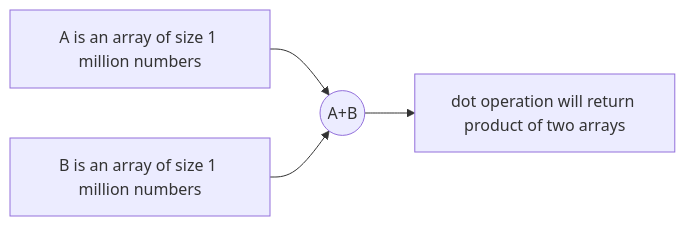
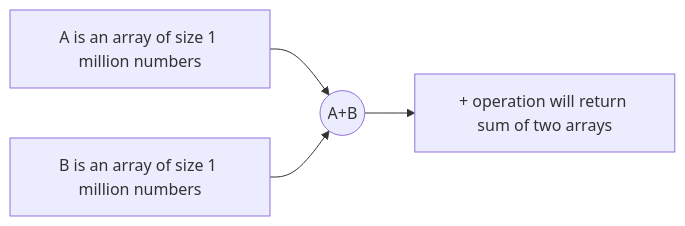
One commit to er-vinay-agni-hotri/vectorization_demo changed the second of 2 diagrams in README.md. Above: the diagram before and after it, drawn with Mermaid.

Commit message:
Initial Commit for Vectorization Demo

````diff
--- a/README.md
+++ b/README.md
@@ -21,7 +21,7 @@
 ```mermaid
 flowchart LR
 
 A[A is an array of size 1 million numbers] --> C(("A+B"))
 B[B is an array of size 1 million numbers] --> C
-C --> D[dot operation will return product of two arrays]
+C --> D["+" operation will return sum of two arrays]
 ```
````
